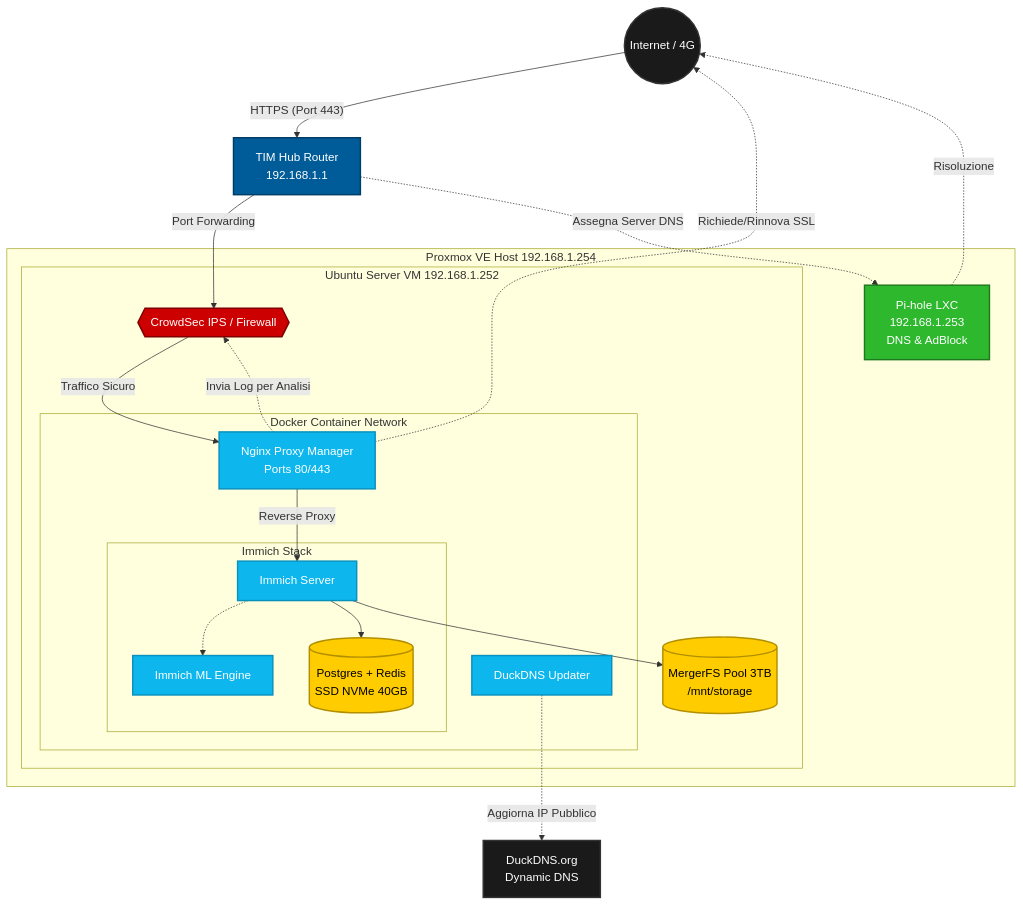
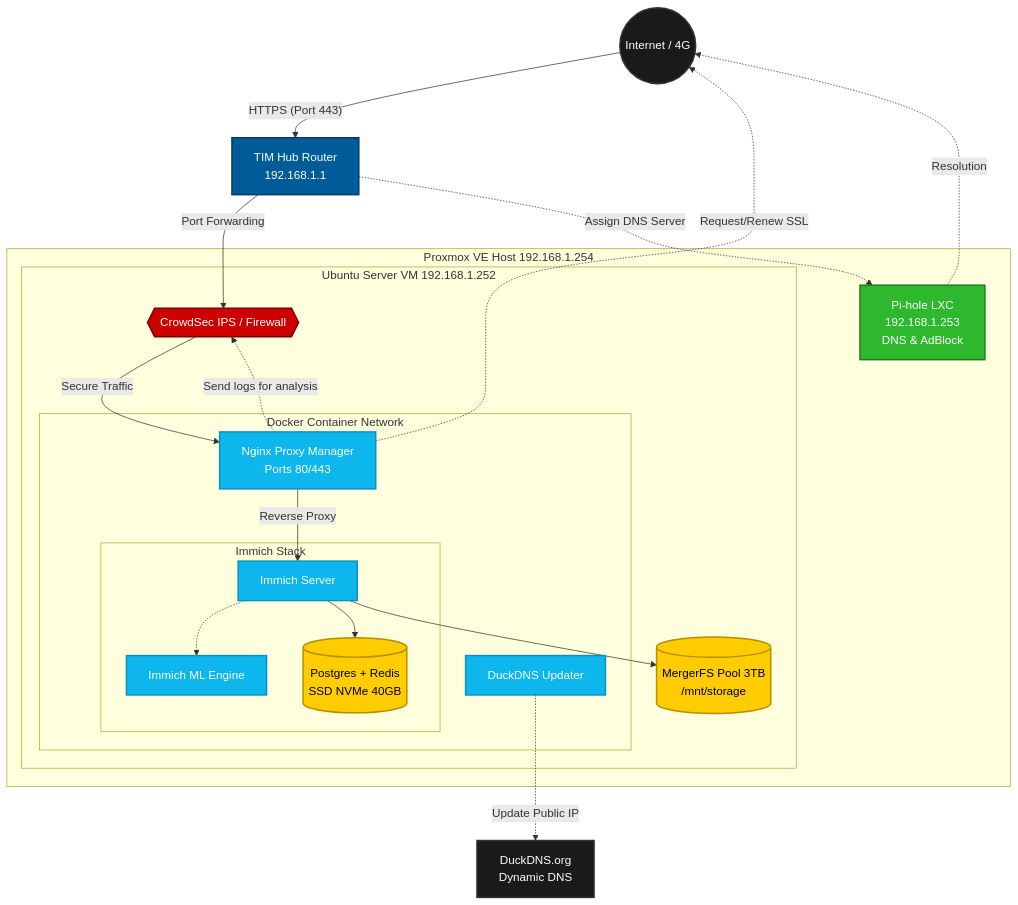
The diagram in README.md (VikSell05/homelab-infrastructure), drawn with Mermaid before and after one commit.

Commit message:
Changed README language

````diff
--- a/README.md
+++ b/README.md
@@ -12,65 +12,65 @@
 ```mermaid
 graph TD
-    %% Definizione Stili (Colori per GitHub)
+    %% Style Definition (Colors)
     classDef internet fill:#1a1a1a,stroke:#333,stroke-width:2px,color:#fff
     classDef router fill:#005c99,stroke:#003d66,stroke-width:2px,color:#fff
     classDef lxc fill:#2eb82e,stroke:#1f7a1f,stroke-width:2px,color:#fff
     classDef vm fill:#4d0099,stroke:#26004d,stroke-width:2px,color:#fff
     classDef docker fill:#0db7ed,stroke:#0991bd,stroke-width:2px,color:#fff
     classDef storage fill:#ffcc00,stroke:#b38f00,stroke-width:2px,color:#000
     classDef security fill:#cc0000,stroke:#800000,stroke-width:2px,color:#fff
 
     %% Nodi Esterni
     Internet((Internet / 4G)):::internet
     DuckDNS[DuckDNS.org<br/>Dynamic DNS]:::internet
 
     %% Rete Domestica
     Router[TIM Hub Router<br/>192.168.1.1]:::router
 
     %% Proxmox Host
     subgraph PVE [Proxmox VE Host 192.168.1.254]
         
         PiHole[Pi-hole LXC<br/>192.168.1.253<br/>DNS & AdBlock]:::lxc
 
         subgraph VM [Ubuntu Server VM 192.168.1.252]
             
             %% Storage & Security (Host-level)
             CrowdSec{{CrowdSec IPS / Firewall}}:::security
             MergerFS[(MergerFS Pool 3TB<br/>/mnt/storage)]:::storage
             
             %% Docker Network
             subgraph Docker [Docker Container Network]
                 DuckDNSContainer[DuckDNS Updater]:::docker
                 NPM[Nginx Proxy Manager<br/>Ports 80/443]:::docker
                 
                 subgraph ImmichStack [Immich Stack]
                     ImmichServer[Immich Server]:::docker
                     ImmichML[Immich ML Engine]:::docker
                     DB[(Postgres + Redis<br/>SSD NVMe 40GB)]:::storage
                 end
             end
         end
     end
 
-    %% Flusso Traffico Esterno
+    %% External Traffic Flow
     Internet -- HTTPS (Port 443) --> Router
     Router -- Port Forwarding --> CrowdSec
-    CrowdSec -- Traffico Sicuro --> NPM
+    CrowdSec -- Secure Traffic --> NPM
     NPM -- Reverse Proxy --> ImmichServer
     
-    %% Interazioni Interne Immich
+    %% Immich Internal Interactions
     ImmichServer -.-> ImmichML
     ImmichServer --> DB
     ImmichServer --> MergerFS
     
-    %% Aggiornamenti e SSL
-    DuckDNSContainer -. Aggiorna IP Pubblico .-> DuckDNS
-    NPM -. Richiede/Rinnova SSL .-> Internet
+    %% Updates and SSL
+    DuckDNSContainer -. Update Public IP .-> DuckDNS
+    NPM -. Request/Renew SSL .-> Internet
     
     %% DNS Resolution
-    Router -. Assegna Server DNS .-> PiHole
-    PiHole -. Risoluzione .-> Internet
+    Router -. Assign DNS Server .-> PiHole
+    PiHole -. Resolution .-> Internet
     
-    %% Interazione CrowdSec
-    NPM -. Invia Log per Analisi .-> CrowdSec
+    %% CrowdSec Interaction
+    NPM -. Send logs for analysis.-> CrowdSec
 ```
````
